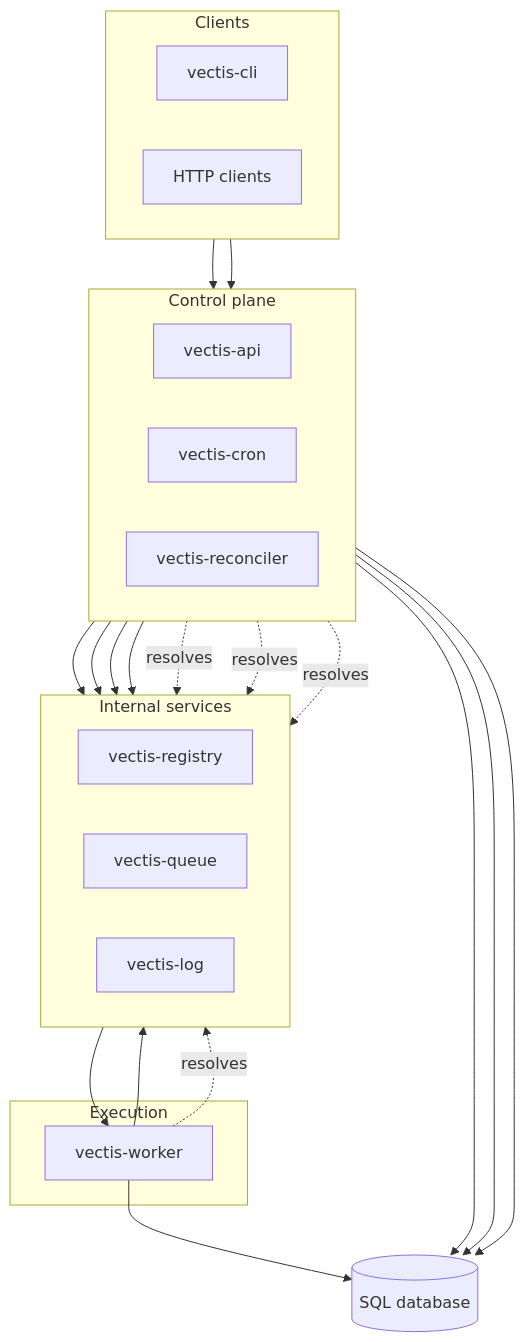
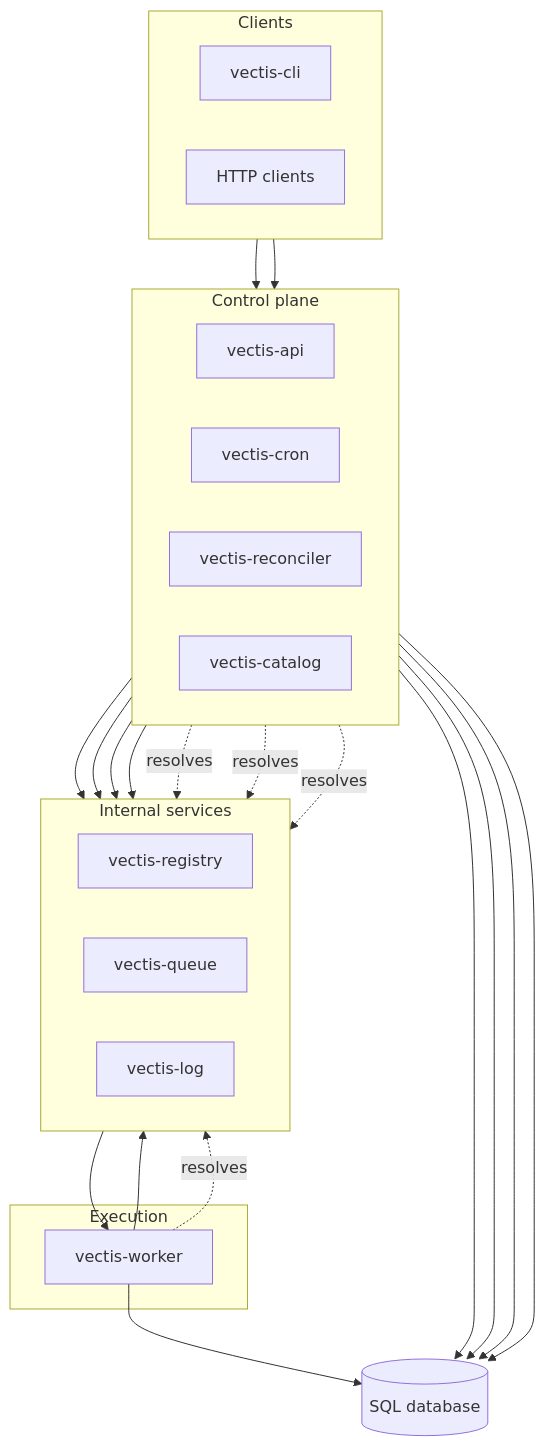
The diagram in website/docs/concepts/architecture.md (garrett-s-wininger/vectis), drawn with Mermaid before and after one commit. The commit also changed other lines of this file and 21 other files, not shown here.

````diff
--- a/website/docs/concepts/architecture.md
+++ b/website/docs/concepts/architecture.md
@@ -38,49 +38,51 @@
 ```mermaid
 flowchart TB
   subgraph edge [Clients]
     direction LR
     CLI["vectis-cli"]
     HTTP["HTTP clients"]
   end
 
   subgraph control [Control plane]
     direction LR
     API["vectis-api"]
     CRON["vectis-cron"]
     REC["vectis-reconciler"]
+    CAT["vectis-catalog"]
   end
 
   subgraph internal [Internal services]
     direction LR
     REG["vectis-registry"]
     Q["vectis-queue"]
     LOG["vectis-log"]
   end
 
   subgraph execute [Execution]
     W["vectis-worker"]
   end
 
   DB[("SQL database")]
 
   CLI --> API
   HTTP --> API
 
   API --> DB
   CRON --> DB
   REC --> DB
+  CAT --> DB
   W --> DB
 
   API --> Q
   CRON --> Q
   REC --> Q
   Q --> W
 
   W --> LOG
   API --> LOG
 
   API -. resolves .-> REG
   CRON -. resolves .-> REG
   REC -. resolves .-> REG
   W -. resolves .-> REG
 ```
````
